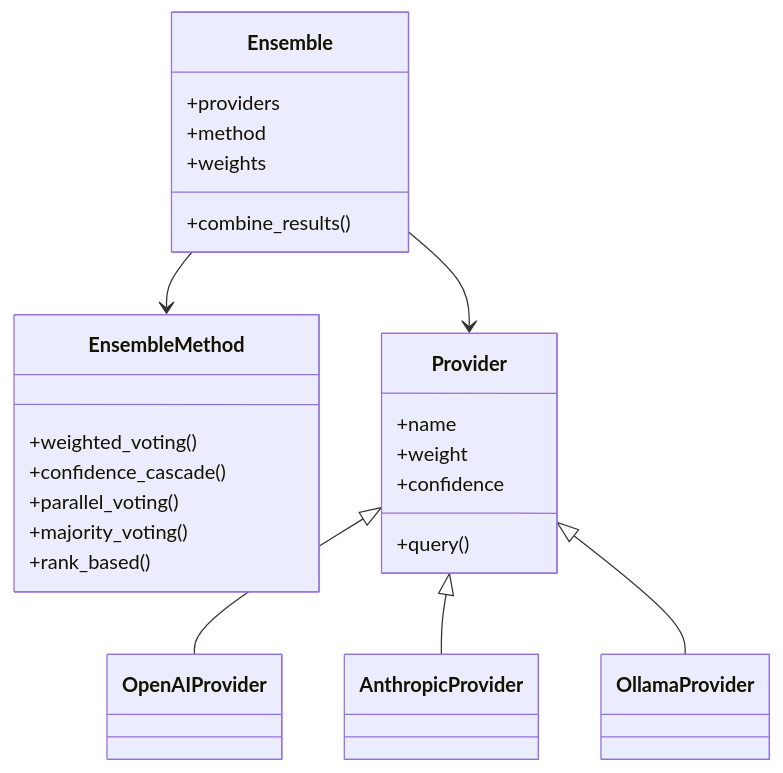
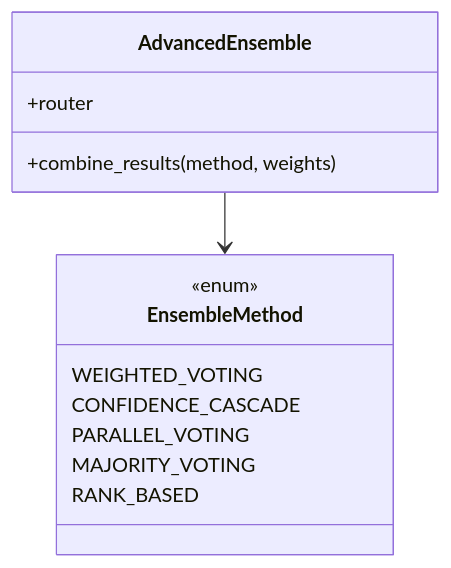
One commit to multimindlab/multimind-sdk changed the third of 7 diagrams in docs/architecture.md. Above: the diagram before and after it, drawn with Mermaid. The commit also changed other lines of this file and 274 other files, not shown here.

````diff
--- a/docs/architecture.md
+++ b/docs/architecture.md
@@ -333,30 +131,16 @@
 ```mermaid
 classDiagram
-    class Ensemble {
-        +providers
-        +method
-        +weights
-        +combine_results()
+    class AdvancedEnsemble {
+        +router
+        +combine_results(method, weights)
     }
-    
     class EnsembleMethod {
-        +weighted_voting()
-        +confidence_cascade()
-        +parallel_voting()
-        +majority_voting()
-        +rank_based()
+        <<enum>>
+        WEIGHTED_VOTING
+        CONFIDENCE_CASCADE
+        PARALLEL_VOTING
+        MAJORITY_VOTING
+        RANK_BASED
     }
-    
-    class Provider {
-        +name
-        +weight
-        +confidence
-        +query()
-    }
-    
-    Ensemble --> EnsembleMethod
-    Ensemble --> Provider
-    Provider <|-- OpenAIProvider
-    Provider <|-- AnthropicProvider
-    Provider <|-- OllamaProvider
+    AdvancedEnsemble --> EnsembleMethod
 ```
````
